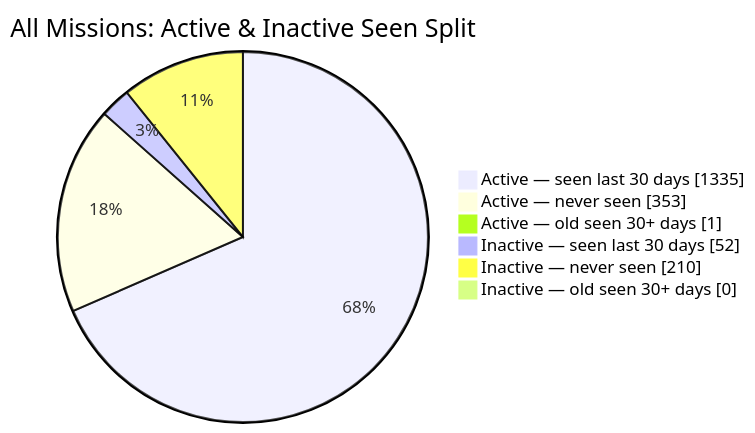
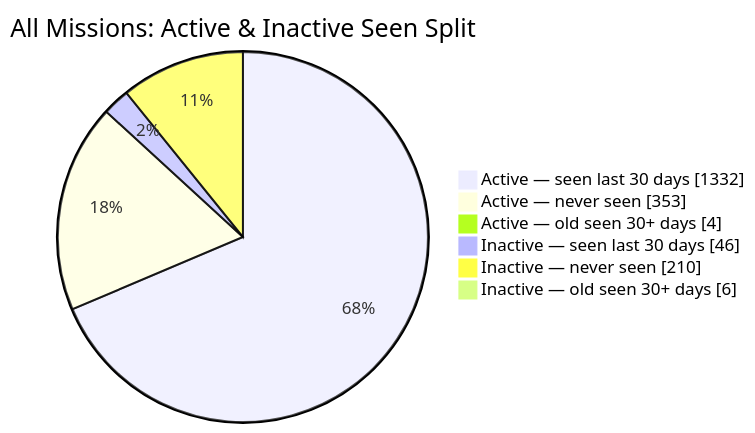
Before and after one commit to MeldkamerspelGameTeam/active-missions: the second of 2 diagrams in README.md, drawn with Mermaid. The commit also changed other lines of this file and 1 other file, not shown here.

````diff
--- a/README.md
+++ b/README.md
@@ -44,10 +44,10 @@
 ```mermaid
 pie showData
     title All Missions: Active & Inactive Seen Split
-    "Active — seen last 30 days" : 1335
+    "Active — seen last 30 days" : 1332
     "Active — never seen" : 353
-    "Active — old seen 30+ days" : 1
-    "Inactive — seen last 30 days" : 52
+    "Active — old seen 30+ days" : 4
+    "Inactive — seen last 30 days" : 46
     "Inactive — never seen" : 210
-    "Inactive — old seen 30+ days" : 0
+    "Inactive — old seen 30+ days" : 6
 ```
````
